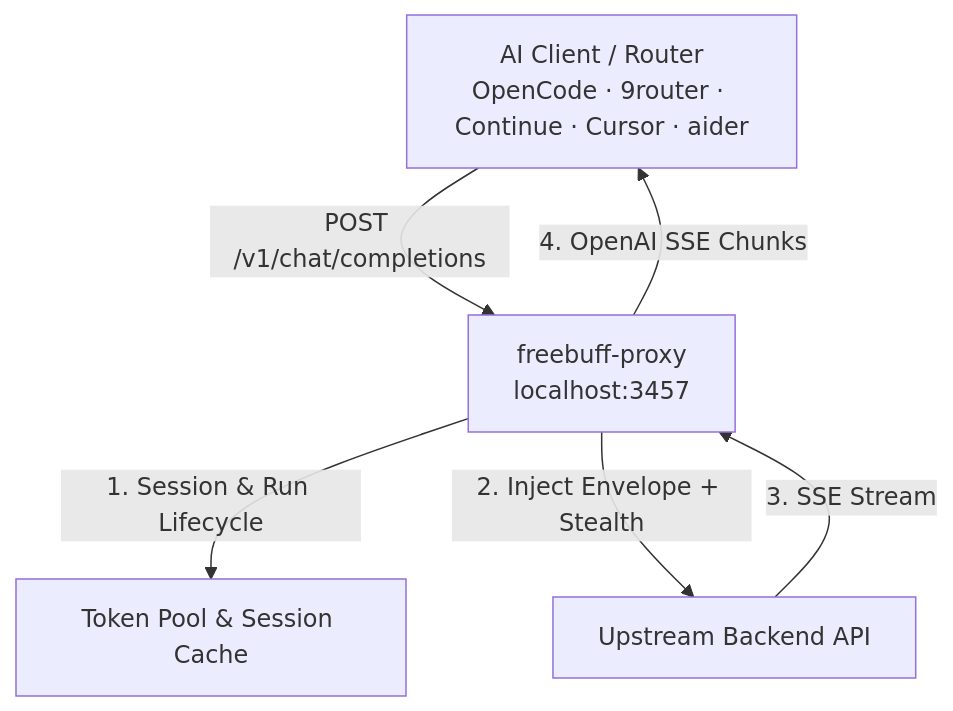
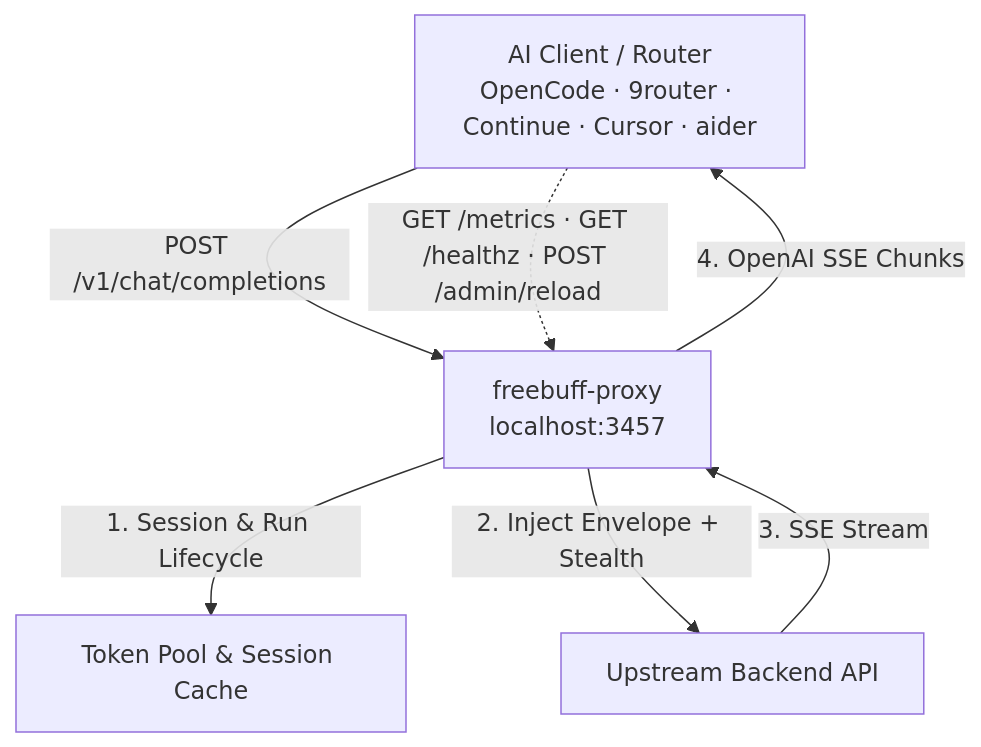
One commit to arsydoni4326-alt/freebuff-proxy changed the diagram in README.md. Above: the diagram before and after it, drawn with Mermaid. The commit also changed other lines of this file and 2 other files, not shown here.

````diff
--- a/README.md
+++ b/README.md
@@ -30,8 +44,9 @@
 ```mermaid
 graph TD
     Client[AI Client / Router<br/>OpenCode · 9router · Continue · Cursor · aider] -->|POST /v1/chat/completions| Proxy[freebuff-proxy<br/>localhost:3457]
     Proxy -->|1. Session & Run Lifecycle| Pool[Token Pool & Session Cache]
     Proxy -->|2. Inject Envelope + Stealth| Upstream[Upstream Backend API]
     Upstream -->|3. SSE Stream| Proxy
     Proxy -->|4. OpenAI SSE Chunks| Client
+    Client -.->|GET /metrics · GET /healthz · POST /admin/reload| Proxy
 ```
````
